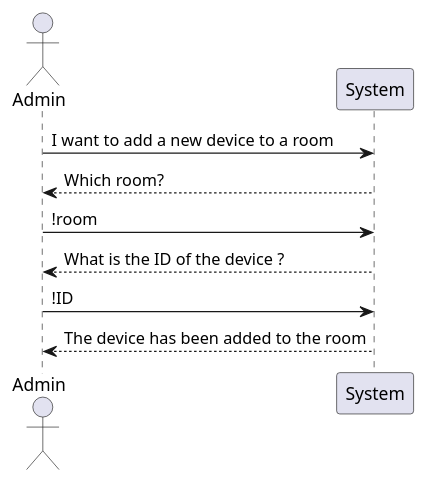
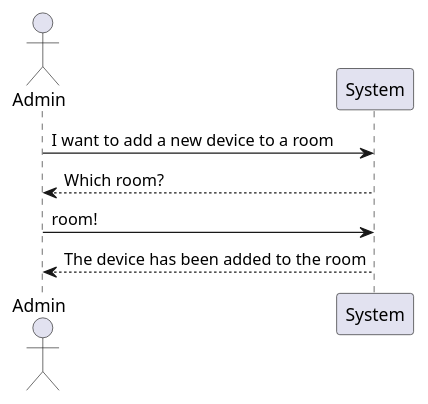
Before and after one commit to olivDiogo/SmartHome: the diagram in docs/userStories/us05/artifacts/US05SSD.puml, drawn with PlantUML.

Commit message:
#122 [UPDATE] - remove unnecessary DeviceID

```diff
--- a/docs/userStories/us05/artifacts/US05SSD.puml
+++ b/docs/userStories/us05/artifacts/US05SSD.puml
@@ -1,16 +1,13 @@
 @startuml
 !pragma layout smetana
 'As a Power User [or Administrator], I want to add a new device to a room, in order to configure it.'
 
 actor Admin
 participant System
 
 Admin -> System: I want to add a new device to a room
 System --> Admin: Which room?
-Admin -> System: !room
-System --> Admin: What is the ID of the device ?
-Admin -> System: !ID
+Admin -> System: room!
 System --> Admin: The device has been added to the room
 
-
 @enduml
```
